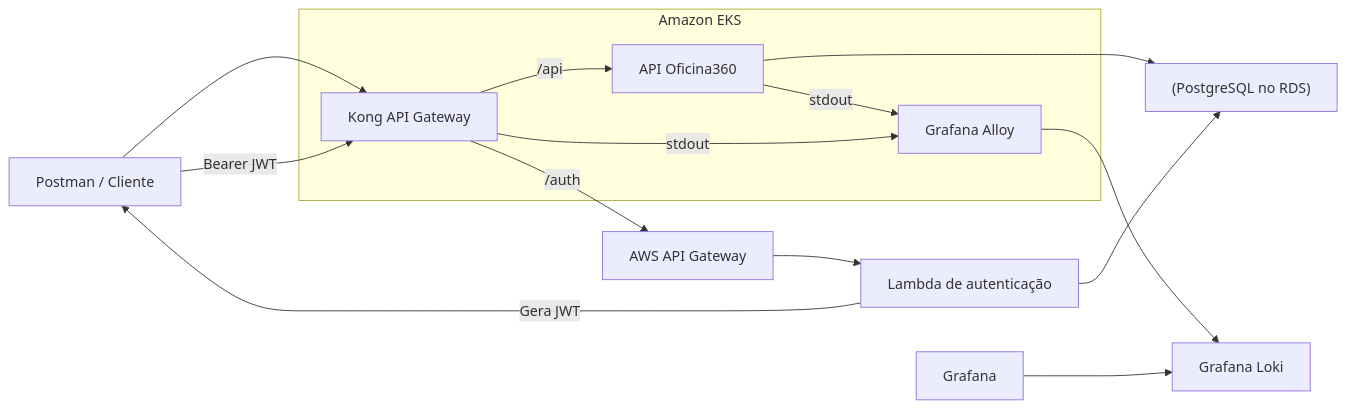
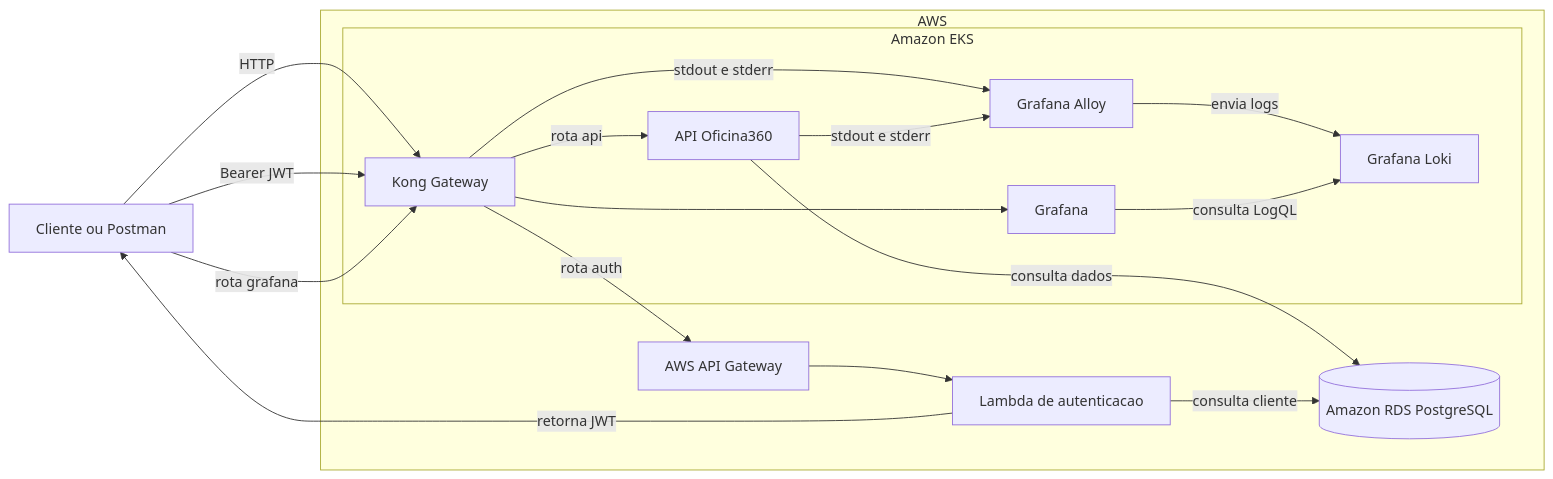
The first of 10 diagrams in README.md (pos-fiap-michaelhion/tc_fiap_oficina360_k8s_infra), drawn with Mermaid before and after one commit. The commit also changed other lines of this file, not shown here.

`````diff
--- a/README.md
+++ b/README.md
@@ -11,25 +109,38 @@
-````mermaid
+```mermaid
 flowchart LR
-Client[Postman / Cliente] --> Kong[Kong API Gateway]
+    Client[Cliente ou Postman]
+    APIGW[AWS API Gateway]
+    Lambda[Lambda de autenticacao]
+    RDS[(Amazon RDS PostgreSQL)]
 
-    Kong -->|/auth| APIGW[AWS API Gateway]
-    APIGW --> Lambda[Lambda de autenticação]
+    subgraph AWS[AWS]
+        subgraph EKS[Amazon EKS]
+            Kong[Kong Gateway]
+            API[API Oficina360]
+            Alloy[Grafana Alloy]
+            Loki[Grafana Loki]
+            Grafana[Grafana]
+        end
 
-    Kong -->|/api| API[API Oficina360]
-    API --> RDS["(PostgreSQL no RDS)"]
-
-    Lambda --> RDS
-    Lambda -->|Gera JWT| Client
-    Client -->|Bearer JWT| Kong
-
-    subgraph EKS[Amazon EKS]
-        Kong
-        API
-        Alloy[Grafana Alloy]
+        APIGW
+        Lambda
+        RDS
     end
 
-    API -->|stdout| Alloy
-    Kong -->|stdout| Alloy
-    Alloy --> Loki[Grafana Loki]
-    Grafana[Grafana] --> Loki
-````
+    Client -->|HTTP| Kong
+    Kong -->|rota auth| APIGW
+    APIGW --> Lambda
+    Lambda -->|consulta cliente| RDS
+    Lambda -->|retorna JWT| Client
+
+    Client -->|Bearer JWT| Kong
+    Kong -->|rota api| API
+    API -->|consulta dados| RDS
+
+    Kong -->|stdout e stderr| Alloy
+    API -->|stdout e stderr| Alloy
+    Alloy -->|envia logs| Loki
+    Grafana -->|consulta LogQL| Loki
+    Client -->|rota grafana| Kong
+    Kong --> Grafana
+```
`````
